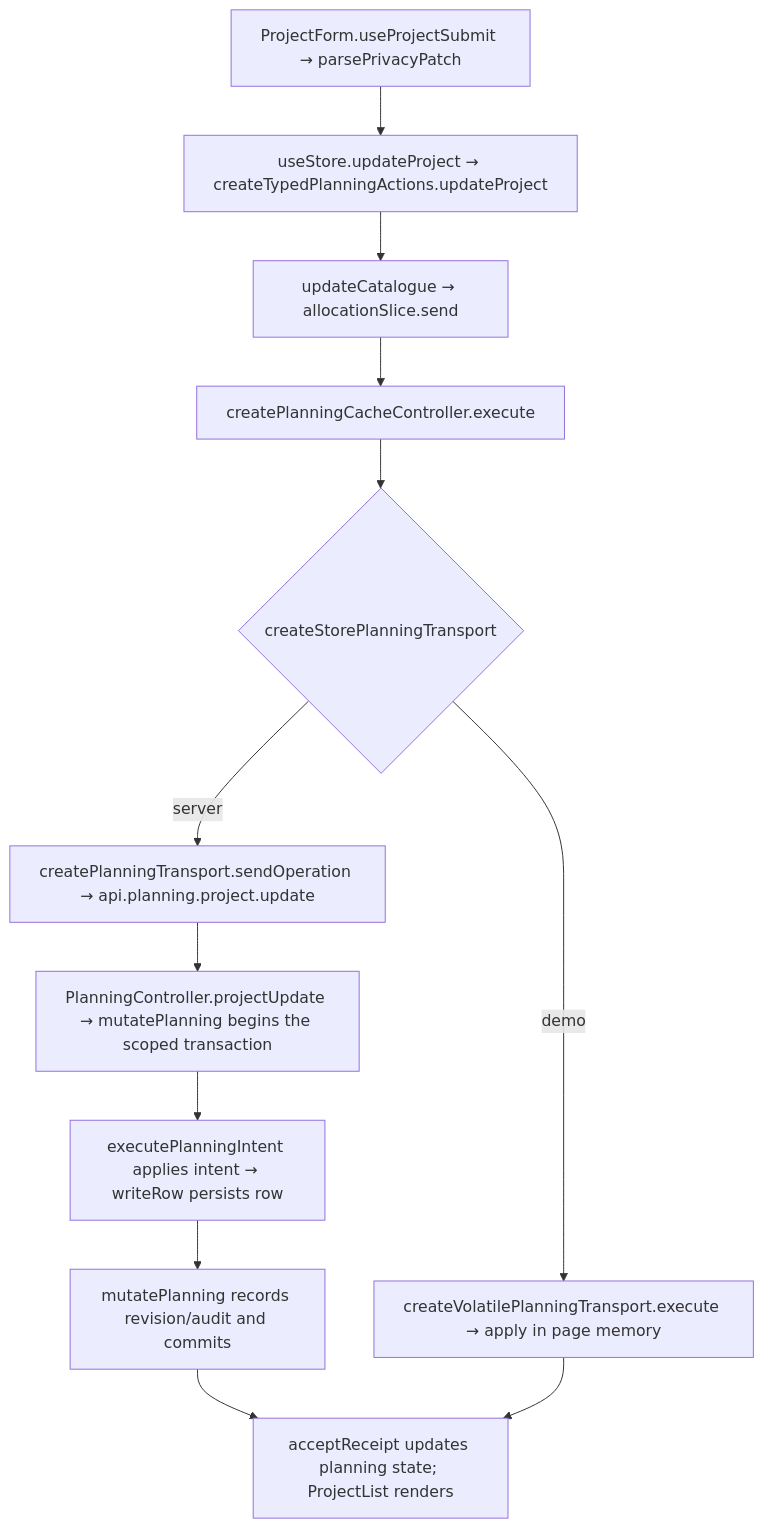
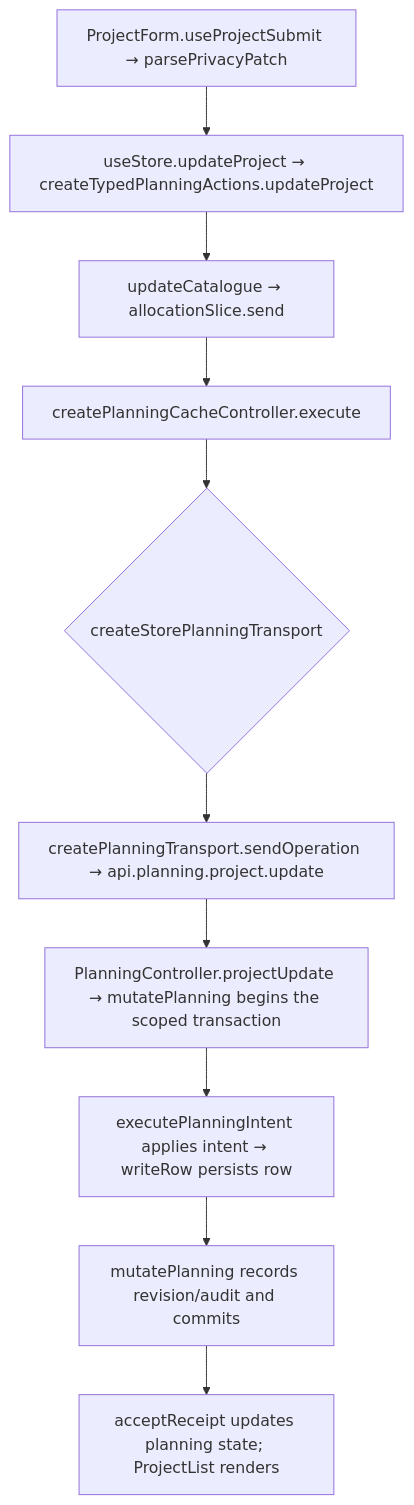
The second of 2 diagrams in user-stories/projects/US-PRJ-05-private-project-code-name.md (Kevinjohn/capacitylens), drawn with Mermaid before and after one commit. The commit also changed other lines of this file and 343 other files, not shown here.

Commit message:
feat: use server-owned company planning and a disposable development demo

````diff
--- a/user-stories/projects/US-PRJ-05-private-project-code-name.md
+++ b/user-stories/projects/US-PRJ-05-private-project-code-name.md
@@ -36,9 +36,8 @@
 ```mermaid
 flowchart TD
   A["ProjectForm.useProjectSubmit → parsePrivacyPatch"] --> B["useStore.updateProject → createTypedPlanningActions.updateProject"]
   B --> C["updateCatalogue → allocationSlice.send"]
   C --> D["createPlanningCacheController.execute"] --> E{"createStorePlanningTransport"}
-  E -->|server| F["createPlanningTransport.sendOperation → api.planning.project.update"] --> G["PlanningController.projectUpdate → mutatePlanning begins the scoped transaction"]
+  E --> F["createPlanningTransport.sendOperation → api.planning.project.update"] --> G["PlanningController.projectUpdate → mutatePlanning begins the scoped transaction"]
   G --> H["executePlanningIntent applies intent → writeRow persists row"] --> K["mutatePlanning records revision/audit and commits"] --> J["acceptReceipt updates planning state; ProjectList renders"]
-  E -->|demo| I["createVolatilePlanningTransport.execute → apply in page memory"] --> J
 ```
````
